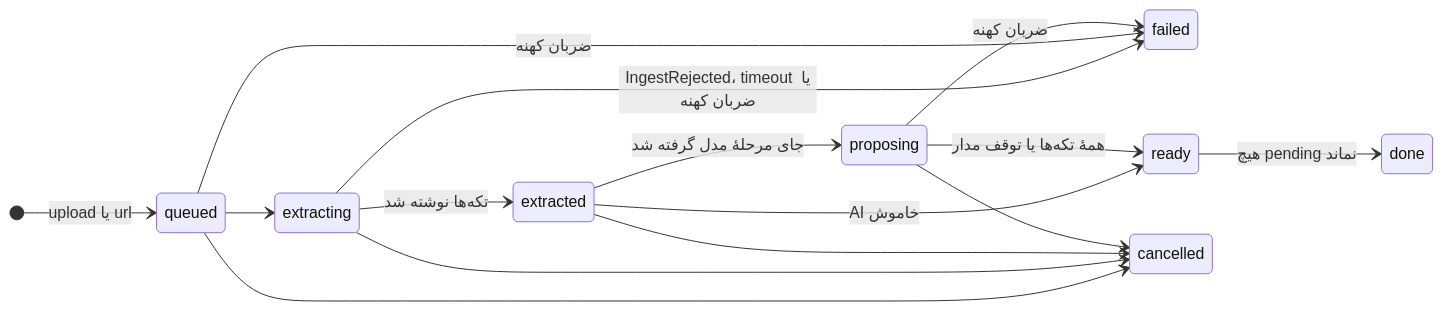
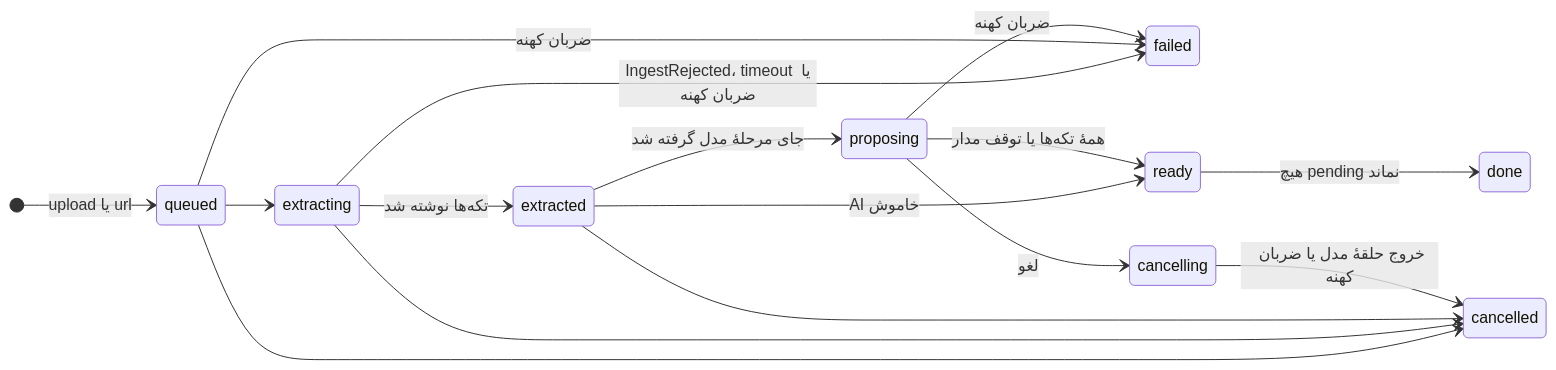
One commit to Kohandezh/PadyarAIChatBot changed the second of 2 diagrams in docs/features/knowledge-ingestion/SPEC.md. Above: the diagram before and after it, drawn with Mermaid. The commit also changed other lines of this file and 2 other files, not shown here.

````diff
--- a/docs/features/knowledge-ingestion/SPEC.md
+++ b/docs/features/knowledge-ingestion/SPEC.md
@@ -377,18 +441,19 @@
 ```mermaid
 stateDiagram-v2
     direction LR
     [*] --> queued: upload یا url
     queued --> extracting
     extracting --> extracted: تکه‌ها نوشته شد
     extracting --> failed: IngestRejected، timeout یا ضربان کهنه
     extracted --> proposing: جای مرحلهٔ مدل گرفته شد
     extracted --> ready: AI خاموش
     proposing --> ready: همهٔ تکه‌ها یا توقف مدار
     ready --> done: هیچ pending نماند
     queued --> cancelled
     extracting --> cancelled
     extracted --> cancelled
-    proposing --> cancelled
+    proposing --> cancelling: لغو
+    cancelling --> cancelled: خروج حلقهٔ مدل یا ضربان کهنه
     queued --> failed: ضربان کهنه
     proposing --> failed: ضربان کهنه
 ```
````
